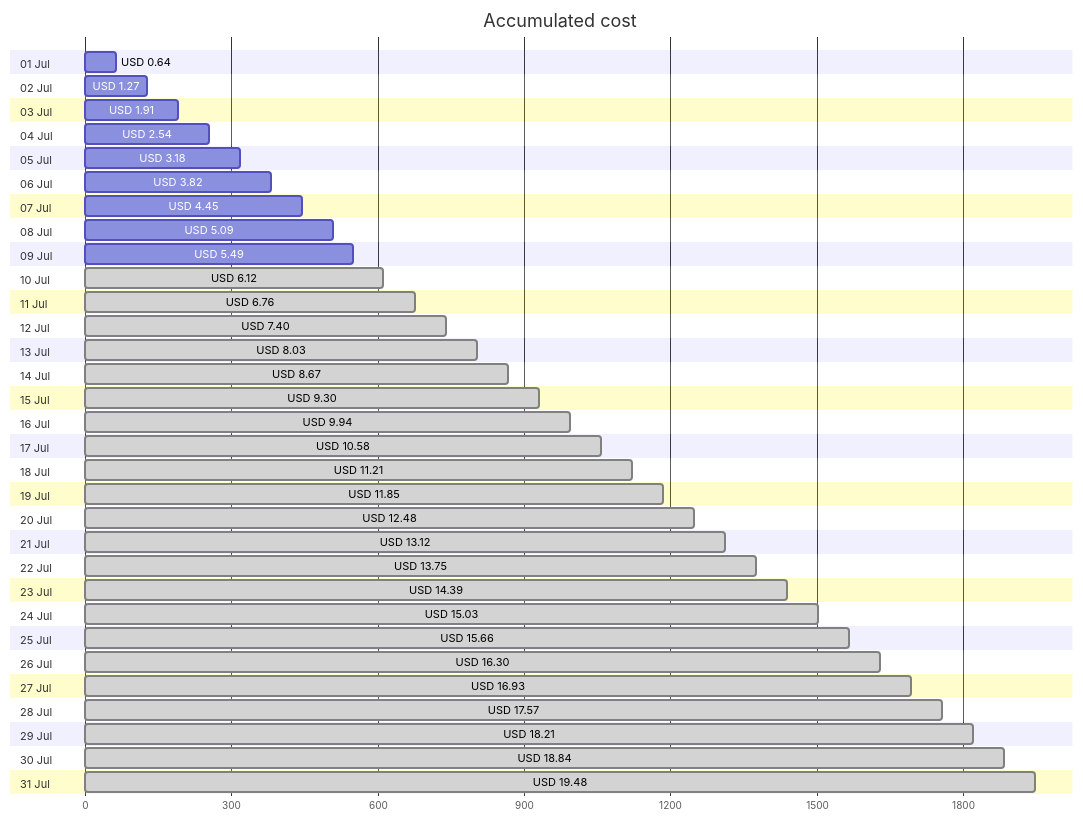
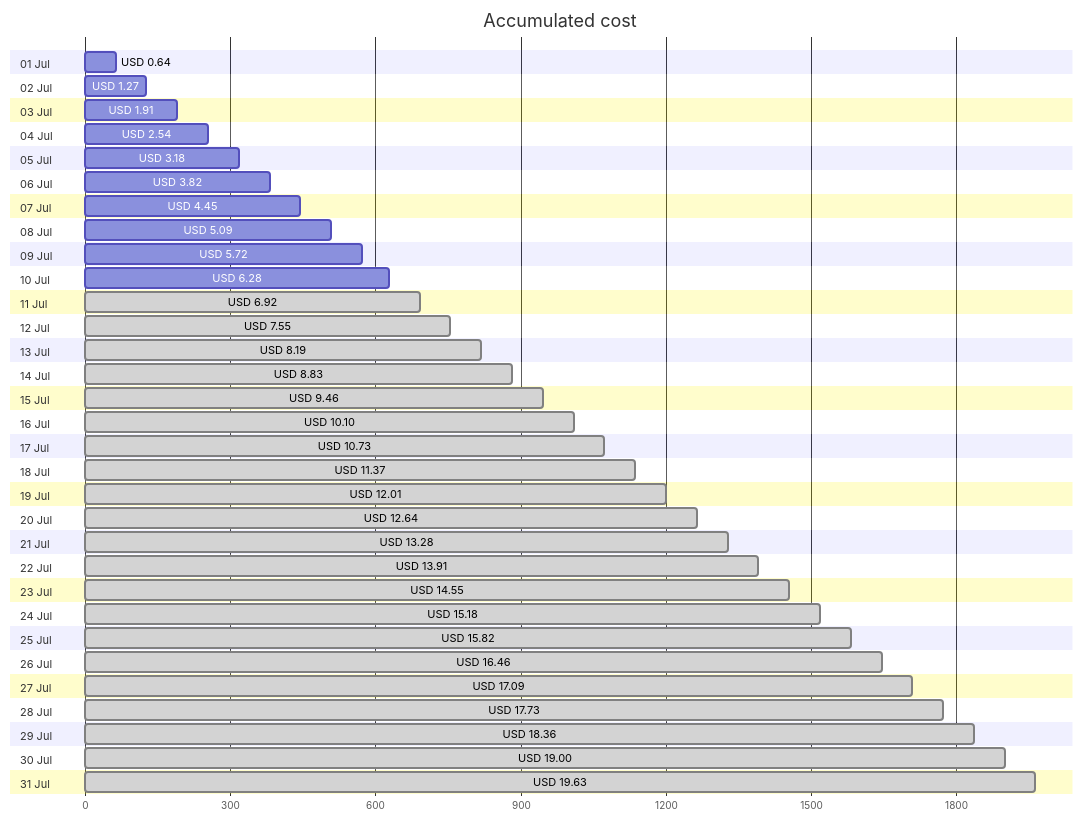
Before and after one commit to jpfulton/azure-personal-reports: the first of 4 diagrams in cost-reports/accumulated-cost.md, drawn with Mermaid. The commit also changed other lines of this file and 4 other files, not shown here.

````diff
--- a/cost-reports/accumulated-cost.md
+++ b/cost-reports/accumulated-cost.md
@@ -20,68 +20,68 @@
 ```mermaid
 gantt
    title Accumulated cost
    dateFormat  X
    axisFormat %s
    section 01 Jul
    USD 0.64 :0, 64
    section 02 Jul
    USD 1.27 :0, 127
    section 03 Jul
    USD 1.91 :0, 191
    section 04 Jul
    USD 2.54 :0, 254
    section 05 Jul
    USD 3.18 :0, 318
    section 06 Jul
    USD 3.82 :0, 382
    section 07 Jul
    USD 4.45 :0, 445
    section 08 Jul
    USD 5.09 :0, 509
    section 09 Jul
-   USD 5.49 :0, 549
+   USD 5.72 :0, 572
    section 10 Jul
-   USD 6.12 : done, 0, 612
+   USD 6.28 :0, 628
    section 11 Jul
-   USD 6.76 : done, 0, 676
+   USD 6.92 : done, 0, 692
    section 12 Jul
-   USD 7.40 : done, 0, 740
+   USD 7.55 : done, 0, 755
    section 13 Jul
-   USD 8.03 : done, 0, 803
+   USD 8.19 : done, 0, 819
    section 14 Jul
-   USD 8.67 : done, 0, 867
+   USD 8.83 : done, 0, 883
    section 15 Jul
-   USD 9.30 : done, 0, 930
+   USD 9.46 : done, 0, 946
    section 16 Jul
-   USD 9.94 : done, 0, 994
+   USD 10.10 : done, 0, 1010
    section 17 Jul
-   USD 10.58 : done, 0, 1058
+   USD 10.73 : done, 0, 1073
    section 18 Jul
-   USD 11.21 : done, 0, 1121
+   USD 11.37 : done, 0, 1137
    section 19 Jul
-   USD 11.85 : done, 0, 1185
+   USD 12.01 : done, 0, 1201
    section 20 Jul
-   USD 12.48 : done, 0, 1248
+   USD 12.64 : done, 0, 1264
    section 21 Jul
-   USD 13.12 : done, 0, 1312
+   USD 13.28 : done, 0, 1328
    section 22 Jul
-   USD 13.75 : done, 0, 1375
+   USD 13.91 : done, 0, 1391
    section 23 Jul
-   USD 14.39 : done, 0, 1439
+   USD 14.55 : done, 0, 1455
    section 24 Jul
-   USD 15.03 : done, 0, 1503
+   USD 15.18 : done, 0, 1518
    section 25 Jul
-   USD 15.66 : done, 0, 1566
+   USD 15.82 : done, 0, 1582
    section 26 Jul
-   USD 16.30 : done, 0, 1630
+   USD 16.46 : done, 0, 1646
    section 27 Jul
-   USD 16.93 : done, 0, 1693
+   USD 17.09 : done, 0, 1709
    section 28 Jul
-   USD 17.57 : done, 0, 1757
+   USD 17.73 : done, 0, 1773
    section 29 Jul
-   USD 18.21 : done, 0, 1821
+   USD 18.36 : done, 0, 1836
    section 30 Jul
-   USD 18.84 : done, 0, 1884
+   USD 19.00 : done, 0, 1900
    section 31 Jul
-   USD 19.48 : done, 0, 1948
+   USD 19.63 : done, 0, 1963
 ```
````
